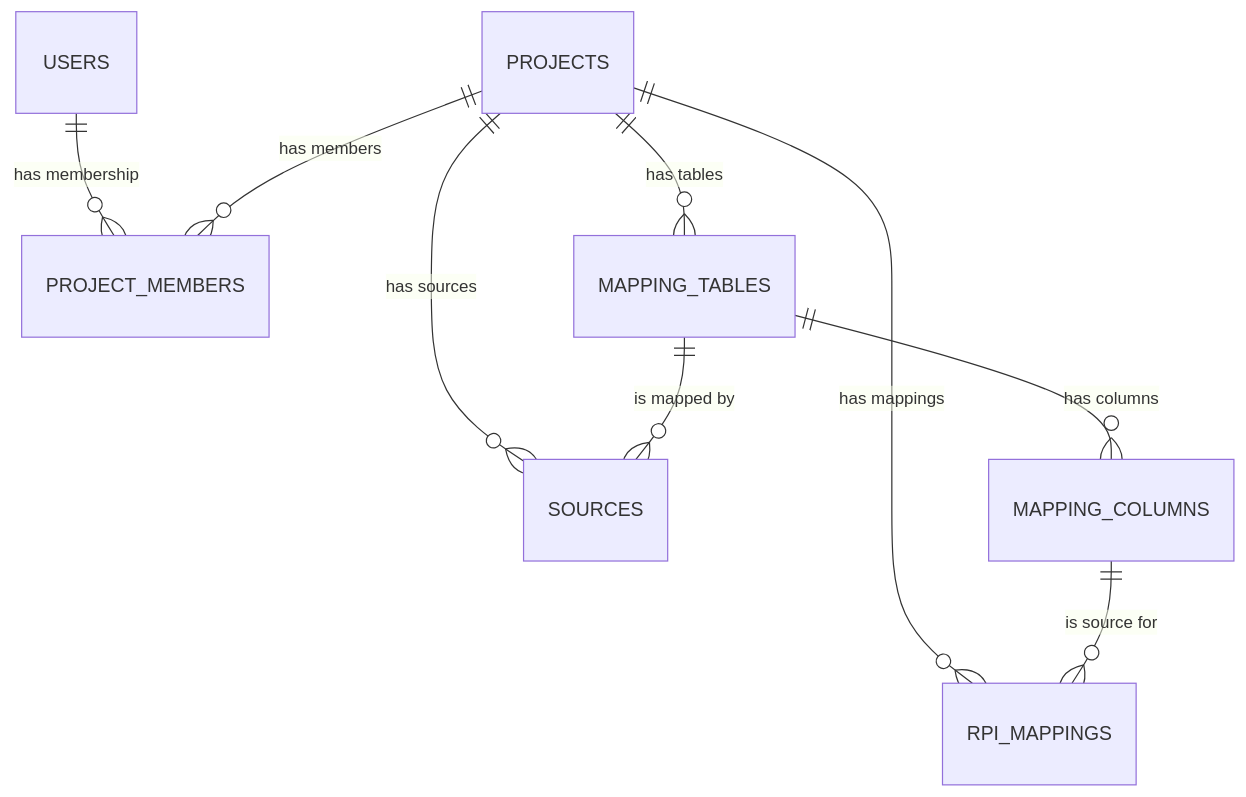
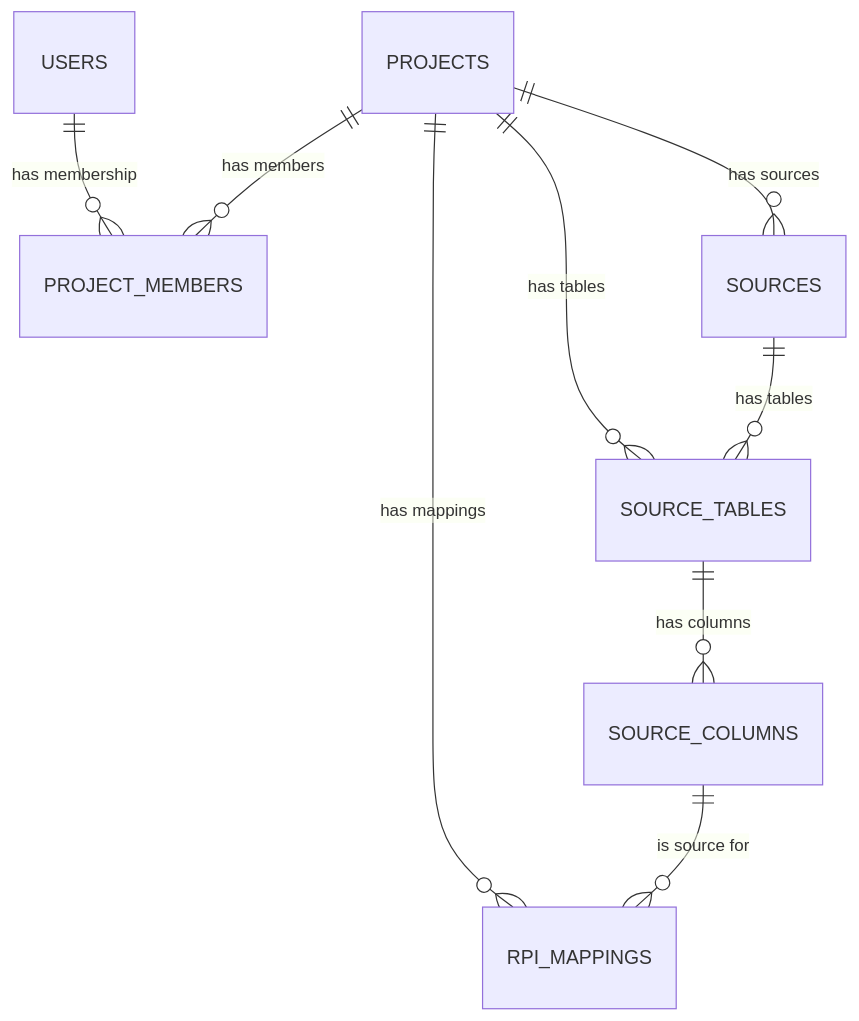
Before and after one commit to the-girot/LayerMap_back: the second of 2 diagrams in DOCUMENTATION.md, drawn with Mermaid. The commit also changed other lines of this file and 31 other files, not shown here.

````diff
--- a/DOCUMENTATION.md
+++ b/DOCUMENTATION.md
@@ -1880,11 +1894,11 @@
 ```mermaid
 erDiagram
     USERS ||--o{ PROJECT_MEMBERS : "has membership"
     PROJECTS ||--o{ PROJECT_MEMBERS : "has members"
     PROJECTS ||--o{ SOURCES : "has sources"
-    PROJECTS ||--o{ MAPPING_TABLES : "has tables"
+    PROJECTS ||--o{ SOURCE_TABLES : "has tables"
     PROJECTS ||--o{ RPI_MAPPINGS : "has mappings"
-    MAPPING_TABLES ||--o{ MAPPING_COLUMNS : "has columns"
-    MAPPING_TABLES ||--o{ SOURCES : "is mapped by"
-    MAPPING_COLUMNS ||--o{ RPI_MAPPINGS : "is source for"
+    SOURCES ||--o{ SOURCE_TABLES : "has tables"
+    SOURCE_TABLES ||--o{ SOURCE_COLUMNS : "has columns"
+    SOURCE_COLUMNS ||--o{ RPI_MAPPINGS : "is source for"
 ```
````
